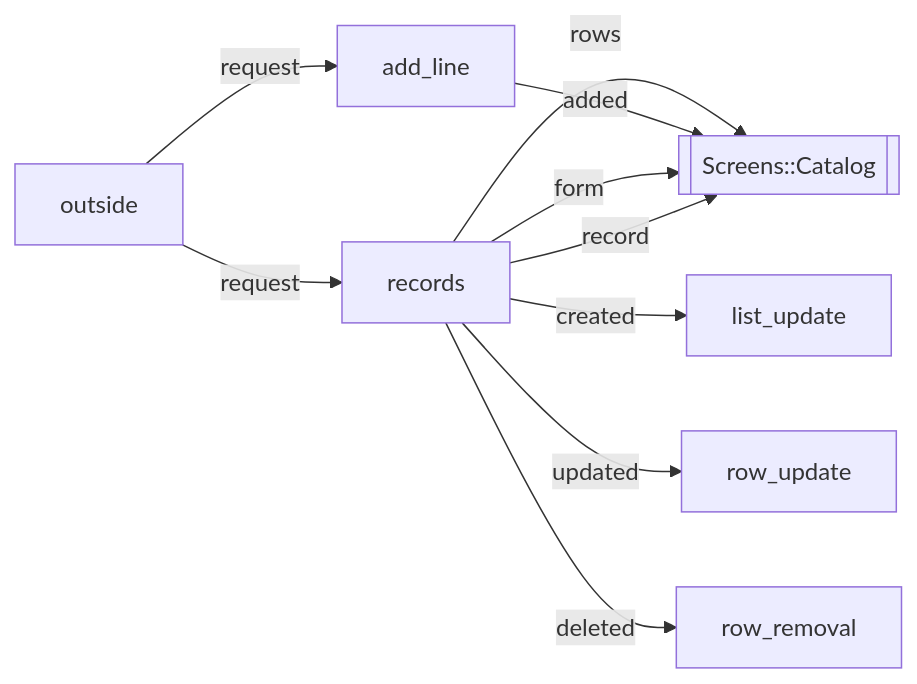
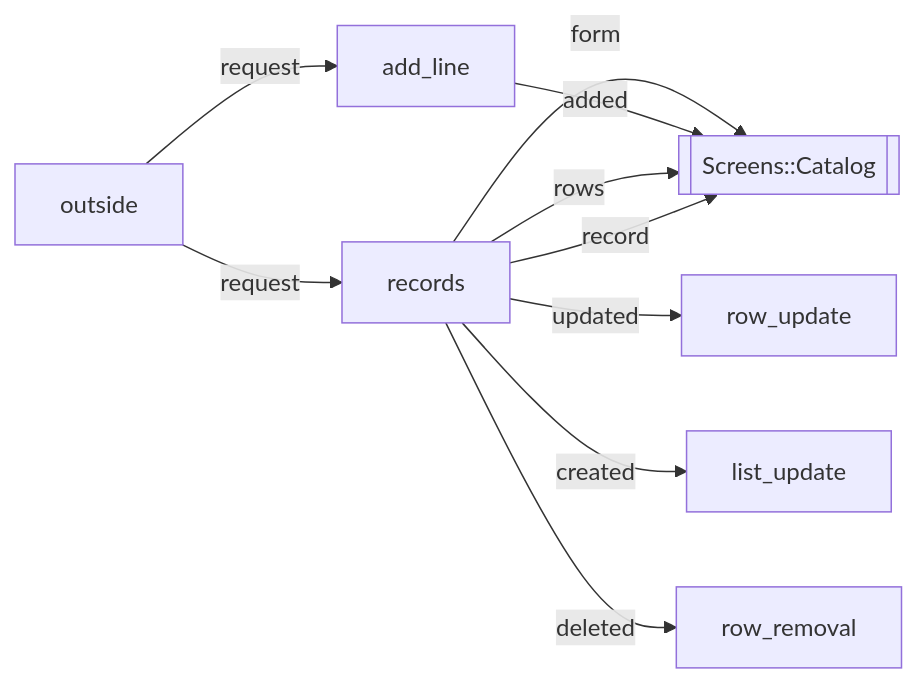
Before and after one commit to modellurgist/ala_variants_ruby: the diagram in v07-plain-features/docs/diagrams/running/catalog.md, drawn with Mermaid. The commit also changed other lines of this file and 12 other files, not shown here.

Commit message:
chore: diagrams in test runs

````diff
--- a/v07-plain-features/docs/diagrams/running/catalog.md
+++ b/v07-plain-features/docs/diagrams/running/catalog.md
@@ -3,18 +3,18 @@
 ```mermaid
 flowchart LR
   screen[[Screens::Catalog]]
   records[records]
   add_line[add_line]
   list_update[list_update]
   row_update[row_update]
   row_removal[row_removal]
   outside -- request --> records
-  records -- rows --> screen
+  records -- form --> screen
   outside -- request --> add_line
   add_line -- added --> screen
-  records -- form --> screen
+  records -- rows --> screen
+  records -- updated --> row_update
+  records -- record --> screen
   records -- created --> list_update
-  records -- record --> screen
-  records -- updated --> row_update
   records -- deleted --> row_removal
 ```
````
